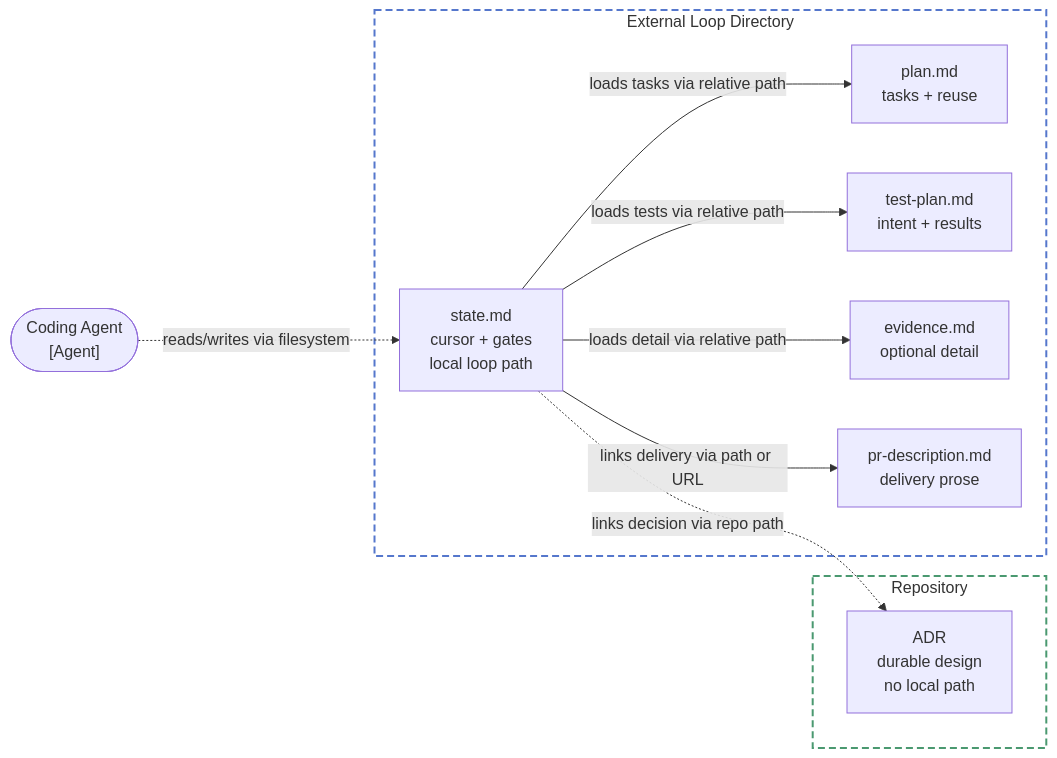
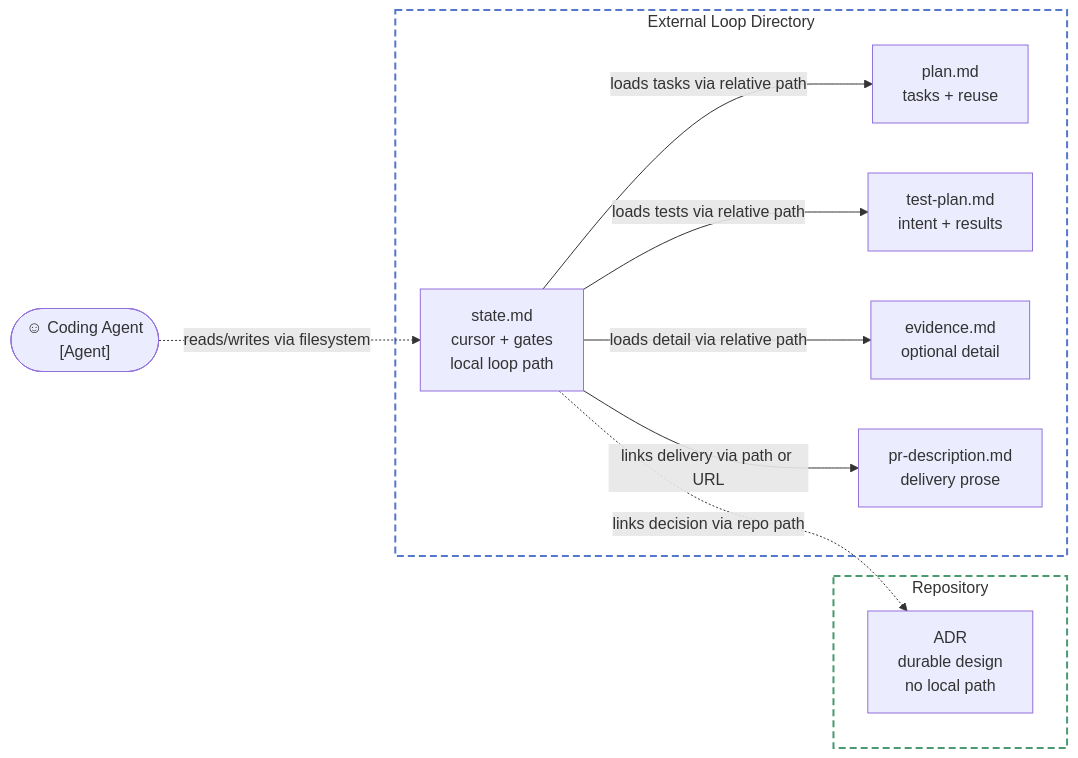
One commit to dej-h/ratchet changed the diagram in docs/architecture-decisions/005-compact-loop-records.md. Above: the diagram before and after it, drawn with Mermaid. The commit also changed 2 other files, not shown here.

Commit message:
fix(validation): normalize markdown boundaries

````diff
--- a/docs/architecture-decisions/005-compact-loop-records.md
+++ b/docs/architecture-decisions/005-compact-loop-records.md
@@ -157,34 +157,34 @@
 ```mermaid
 graph LR
-    Agent(["Coding Agent<br/>[Agent]"])
+    Agent(["☺ Coding Agent<br/>[Agent]"])
 
     subgraph loop["External Loop Directory"]
         State["state.md
         cursor + gates
         local loop path"]
         Plan["plan.md
         tasks + reuse"]
         Tests["test-plan.md
         intent + results"]
         Evidence["evidence.md
         optional detail"]
         Delivery["pr-description.md
         delivery prose"]
     end
 
     subgraph repo["Repository"]
         ADR["ADR
         durable design
         no local path"]
     end
 
     Agent -.->|"reads/writes via filesystem"| State
     State -->|"loads tasks via relative path"| Plan
     State -->|"loads tests via relative path"| Tests
     State -->|"loads detail via relative path"| Evidence
     State -->|"links delivery via path or URL"| Delivery
     State -.->|"links decision via repo path"| ADR
 
     style loop fill:none,stroke:#5577cc,stroke-width:2px,stroke-dasharray:7 4
     style repo fill:none,stroke:#4a9970,stroke-width:2px,stroke-dasharray:7 4
 ```
````
